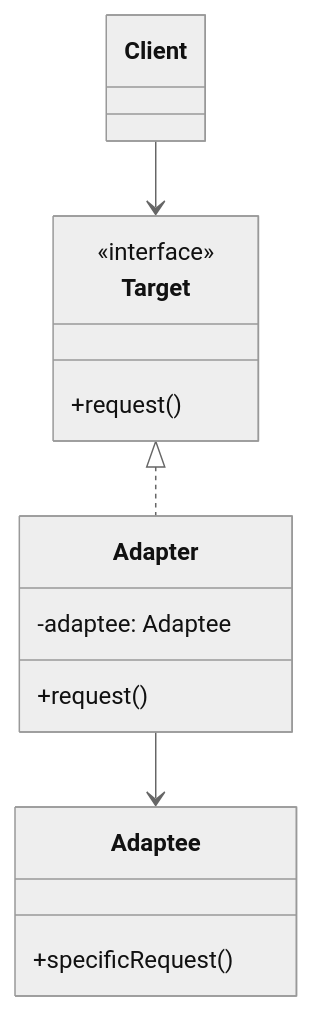
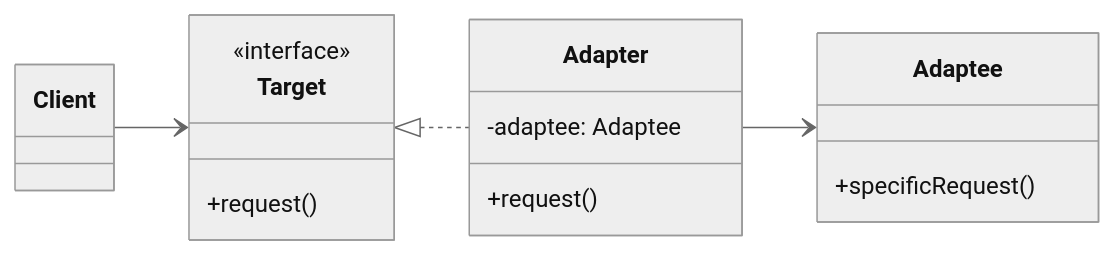
Before and after one commit to Maus3rSR/K.School: the fifth of 13 diagrams in courses/DesignPattern/slides.md, drawn with Mermaid (neutral theme). The commit also changed other lines of this file and 3 other files, not shown here.

````diff
--- a/courses/DesignPattern/slides.md
+++ b/courses/DesignPattern/slides.md
@@ -500,19 +794,20 @@
 ```mermaid
 classDiagram
+    direction LR
     class Client
     class Target {
         <<interface>>
         +request()
     }
     class Adapter {
         -adaptee: Adaptee
         +request()
     }
     class Adaptee {
         +specificRequest()
     }
     
     Client --> Target
     Target <|.. Adapter
     Adapter --> Adaptee
 ```
````
